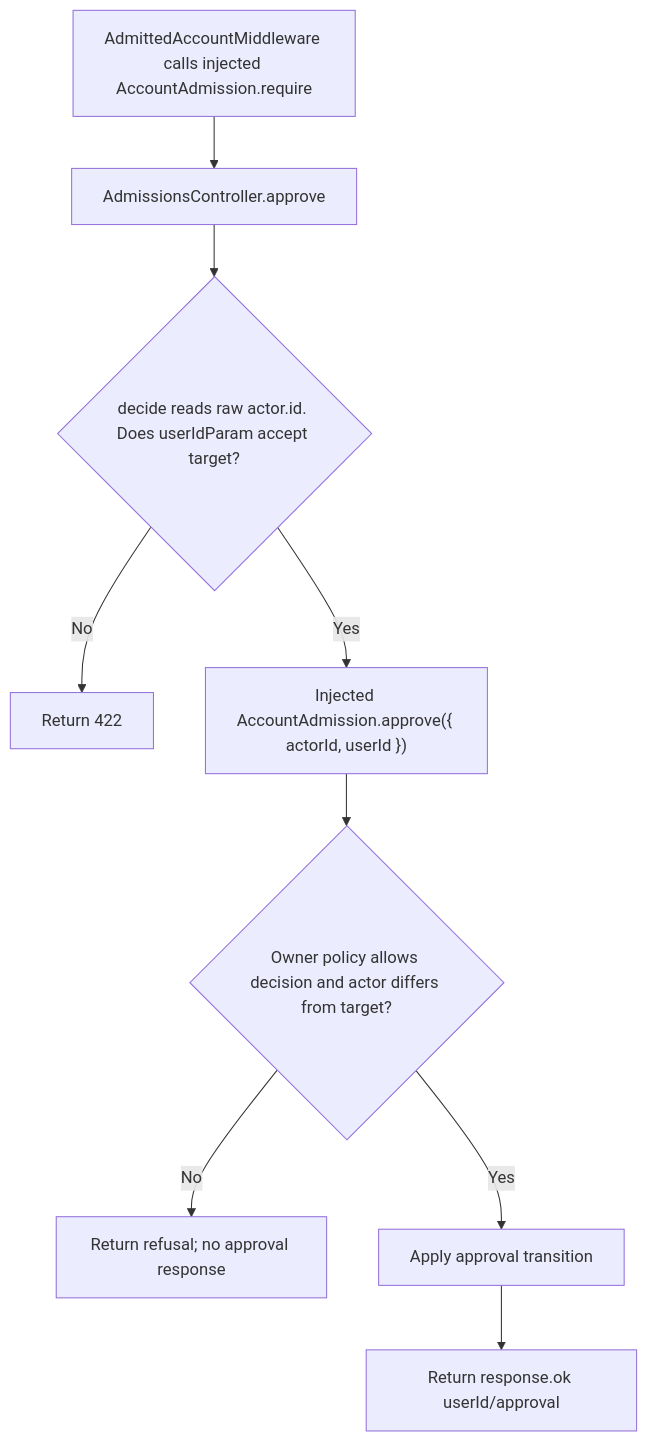
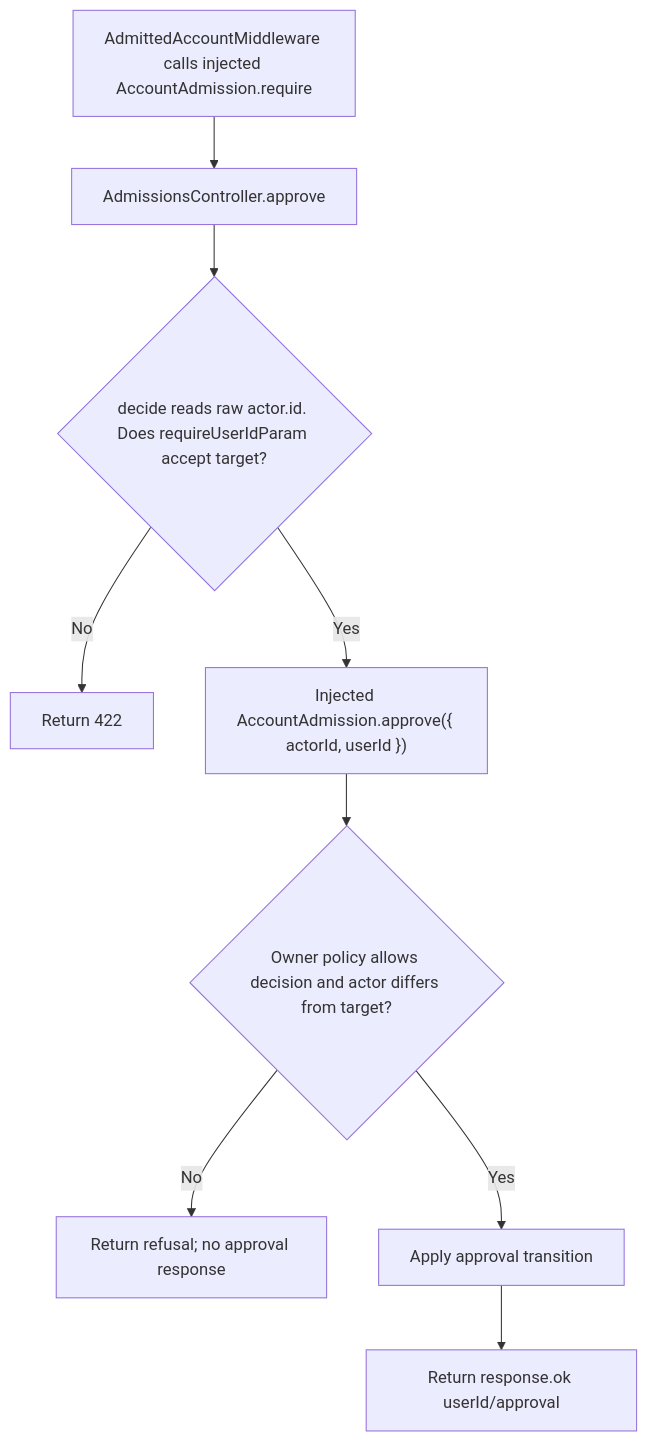
Before and after one commit to Kevinjohn/oss-adonisjs-starter-examples: the second of 2 diagrams in user-stories/api/us-api-17-approve-admission.md, drawn with Mermaid. The commit also changed 27 other files, not shown here.

````diff
--- a/user-stories/api/us-api-17-approve-admission.md
+++ b/user-stories/api/us-api-17-approve-admission.md
@@ -33,11 +33,11 @@
 ```mermaid
 flowchart TD
     A["AdmittedAccountMiddleware calls injected AccountAdmission.require"] --> B["AdmissionsController.approve"]
-    B --> C{"decide reads raw actor.id. Does userIdParam accept target?"}
+    B --> C{"decide reads raw actor.id. Does requireUserIdParam accept target?"}
     C -->|No| I["Return 422"]
     C -->|Yes| D["Injected AccountAdmission.approve({ actorId, userId })"]
     D --> E{"Owner policy allows decision and actor differs from target?"}
     E -->|No| F["Return refusal; no approval response"]
     E -->|Yes| G["Apply approval transition"]
     G --> H["Return response.ok userId/approval"]
 ```
````
